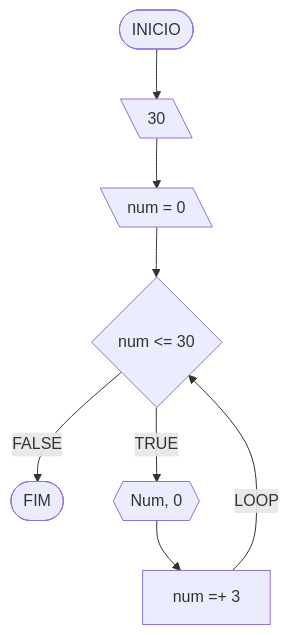
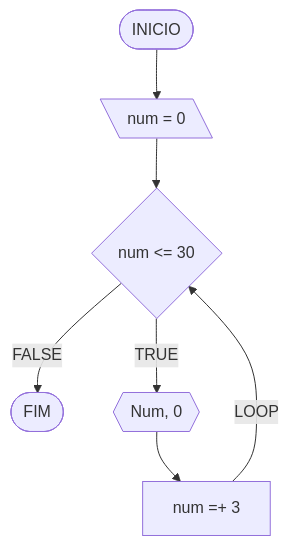
Before and after one commit to Gabriel0225/unifor: the fourth of 6 diagrams in RLA/unidade1/lista3.md, drawn with Mermaid. The commit also changed other lines of this file, not shown here.

````diff
--- a/RLA/unidade1/lista3.md
+++ b/RLA/unidade1/lista3.md
@@ -145,11 +145,10 @@
 ```mermaid
 flowchart TD
 A([INICIO]) 
-A --> C[\30\]
-C --> D[\num = 0\]
+A --> D[\num = 0\]
 D --> E{num <= 30}
 E --FALSE--> I([FIM])
 E --TRUE--> F{{"Num", 0}}
 F --> G[num =+ 3]
 G --LOOP--> E
 ```
````
